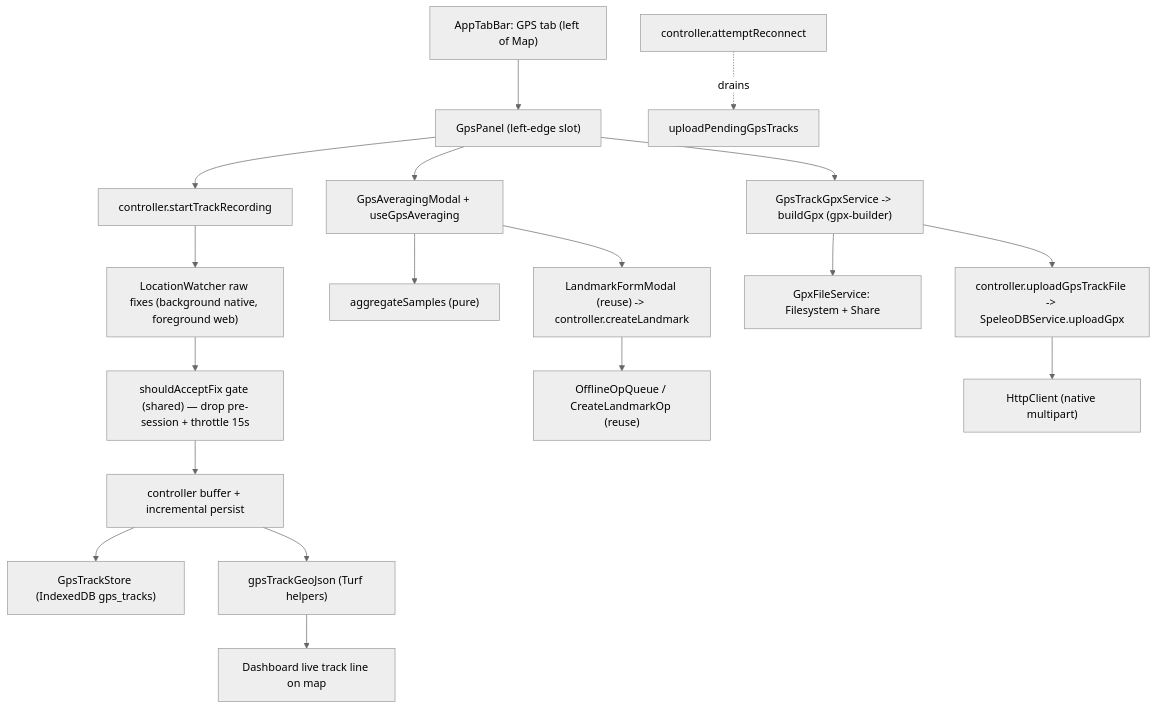
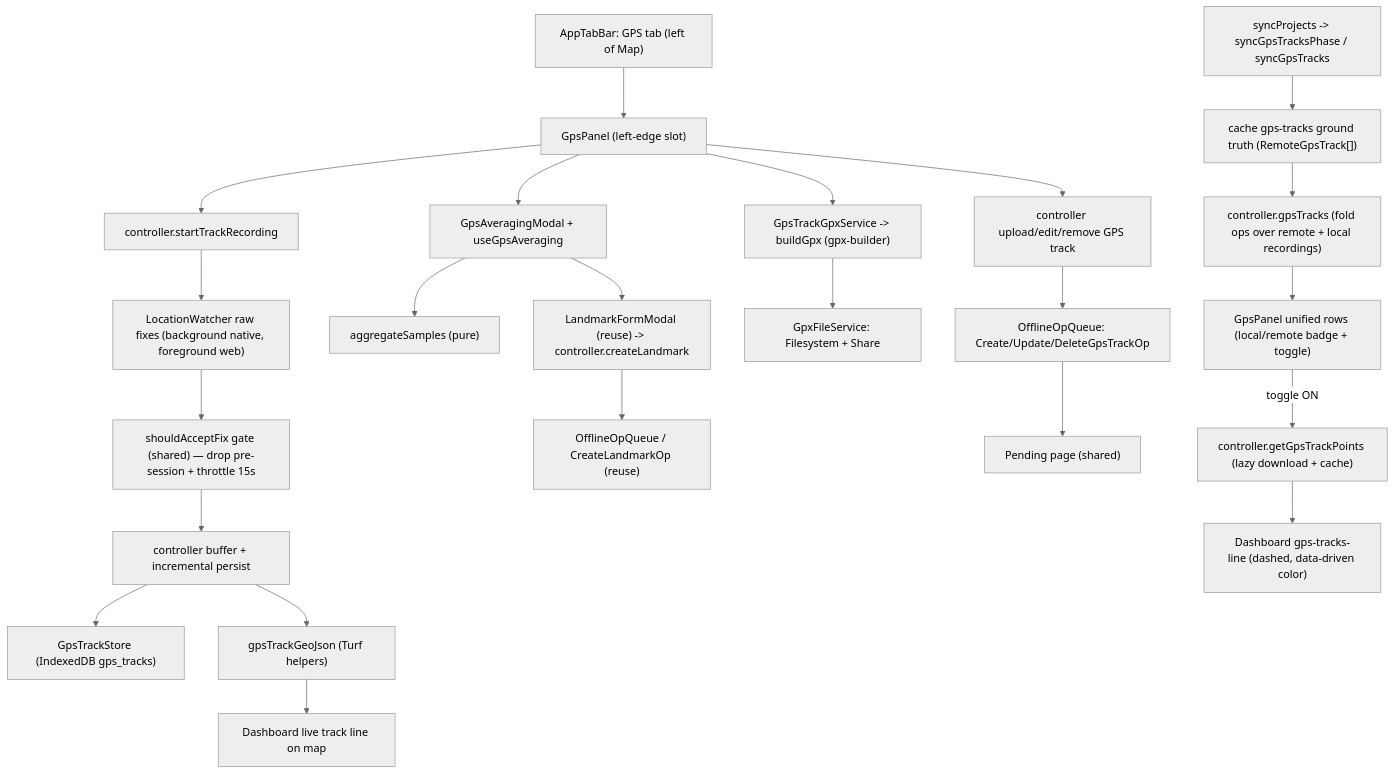
Before and after one commit to OpenSpeleo/SpeleoDB-App: the diagram in docs/gps-tracks.md, drawn with Mermaid (neutral theme). The commit also changed other lines of this file and 46 other files, not shown here.

Commit message:
[Feature] GPS Track display and offline updates

````diff
--- a/docs/gps-tracks.md
+++ b/docs/gps-tracks.md
@@ -76,20 +99,25 @@
 ```mermaid
 flowchart TD
   tab["AppTabBar: GPS tab (left of Map)"] --> panel["GpsPanel (left-edge slot)"]
   panel --> rec["controller.startTrackRecording"]
   rec --> watch["LocationWatcher raw fixes (background native, foreground web)"]
   watch --> gate["shouldAcceptFix gate (shared) — drop pre-session + throttle 15s"]
   gate --> buf["controller buffer + incremental persist"]
   buf --> store["GpsTrackStore (IndexedDB gps_tracks)"]
   buf --> geojson["gpsTrackGeoJson (Turf helpers)"]
   geojson --> line["Dashboard live track line on map"]
   panel --> avg["GpsAveragingModal + useGpsAveraging"]
   avg --> agg["aggregateSamples (pure)"]
   avg --> form["LandmarkFormModal (reuse) -> controller.createLandmark"]
   form --> queue["OfflineOpQueue / CreateLandmarkOp (reuse)"]
   panel --> gpx["GpsTrackGpxService -> buildGpx (gpx-builder)"]
   gpx --> share["GpxFileService: Filesystem + Share"]
-  gpx --> up["controller.uploadGpsTrackFile -> SpeleoDBService.uploadGpx"]
-  up --> http["HttpClient (native multipart)"]
-  ctrl["controller.attemptReconnect"] -. drains .-> drain["uploadPendingGpsTracks"]
+  panel --> mut["controller upload/edit/remove GPS track"]
+  mut --> q["OfflineOpQueue: Create/Update/DeleteGpsTrackOp"]
+  q --> pend["Pending page (shared)"]
+  sync["syncProjects -> syncGpsTracksPhase / syncGpsTracks"] --> gt["cache gps-tracks ground truth (RemoteGpsTrack[])"]
+  gt --> list["controller.gpsTracks (fold ops over remote + local recordings)"]
+  list --> rows["GpsPanel unified rows (local/remote badge + toggle)"]
+  rows -->|"toggle ON"| dl["controller.getGpsTrackPoints (lazy download + cache)"]
+  dl --> tline["Dashboard gps-tracks-line (dashed, data-driven color)"]
 ```
````
